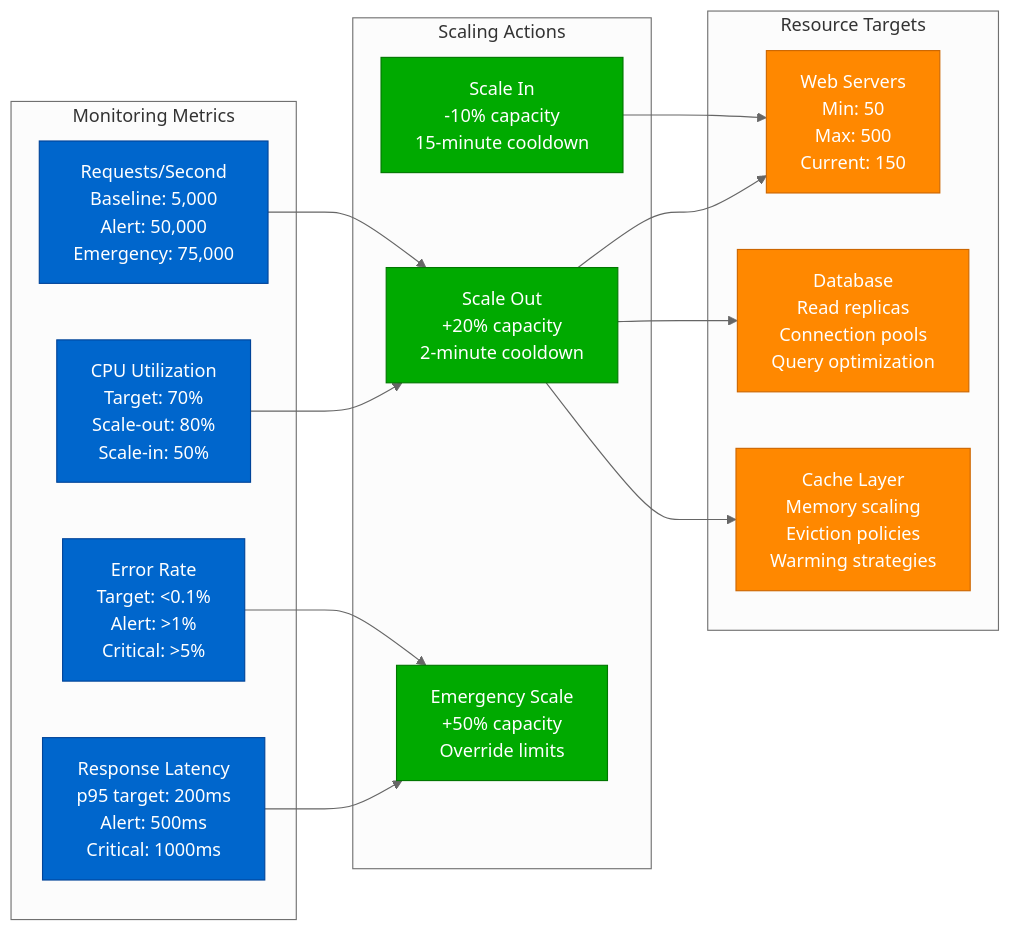
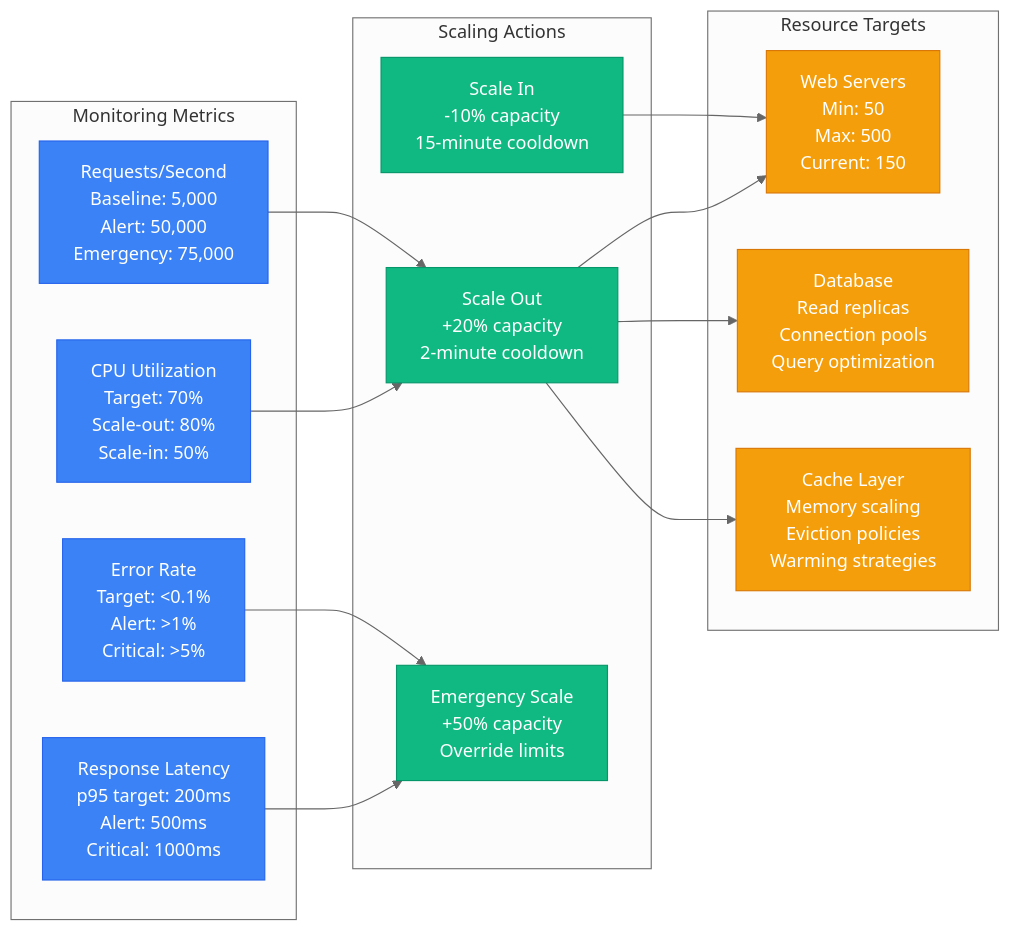
One commit to deepaucksharma/DS changed the second of 4 diagrams in site/docs/capacity/black-friday-ecommerce-surge.md. Above: the diagram before and after it, drawn with Mermaid (neutral theme). The commit also changed other lines of this file and 187 other files, not shown here.

````diff
--- a/site/docs/capacity/black-friday-ecommerce-surge.md
+++ b/site/docs/capacity/black-friday-ecommerce-surge.md
@@ -185,40 +185,40 @@
 ```mermaid
 graph LR
     subgraph Metrics[Monitoring Metrics]
         CPU[CPU Utilization<br/>Target: 70%<br/>Scale-out: 80%<br/>Scale-in: 50%]
         RPS[Requests/Second<br/>Baseline: 5,000<br/>Alert: 50,000<br/>Emergency: 75,000]
         LAT[Response Latency<br/>p95 target: 200ms<br/>Alert: 500ms<br/>Critical: 1000ms]
         ERR[Error Rate<br/>Target: <0.1%<br/>Alert: >1%<br/>Critical: >5%]
     end
 
     subgraph Actions[Scaling Actions]
         SCALE_OUT[Scale Out<br/>+20% capacity<br/>2-minute cooldown]
         SCALE_IN[Scale In<br/>-10% capacity<br/>15-minute cooldown]
         EMERGENCY[Emergency Scale<br/>+50% capacity<br/>Override limits]
     end
 
     subgraph Resources[Resource Targets]
         WEB[Web Servers<br/>Min: 50<br/>Max: 500<br/>Current: 150]
         DB[Database<br/>Read replicas<br/>Connection pools<br/>Query optimization]
         CACHE[Cache Layer<br/>Memory scaling<br/>Eviction policies<br/>Warming strategies]
     end
 
     CPU --> SCALE_OUT
     RPS --> SCALE_OUT
     LAT --> EMERGENCY
     ERR --> EMERGENCY
 
     SCALE_OUT --> WEB
     SCALE_OUT --> DB
     SCALE_OUT --> CACHE
 
     SCALE_IN --> WEB
 
-    classDef metricStyle fill:#0066CC,stroke:#004499,color:#fff
-    classDef actionStyle fill:#00AA00,stroke:#007700,color:#fff
-    classDef resourceStyle fill:#FF8800,stroke:#CC6600,color:#fff
+    classDef metricStyle fill:#3B82F6,stroke:#2563EB,color:#fff
+    classDef actionStyle fill:#10B981,stroke:#059669,color:#fff
+    classDef resourceStyle fill:#F59E0B,stroke:#D97706,color:#fff
 
     class CPU,RPS,LAT,ERR metricStyle
     class SCALE_OUT,SCALE_IN,EMERGENCY actionStyle
     class WEB,DB,CACHE resourceStyle
 ```
````
